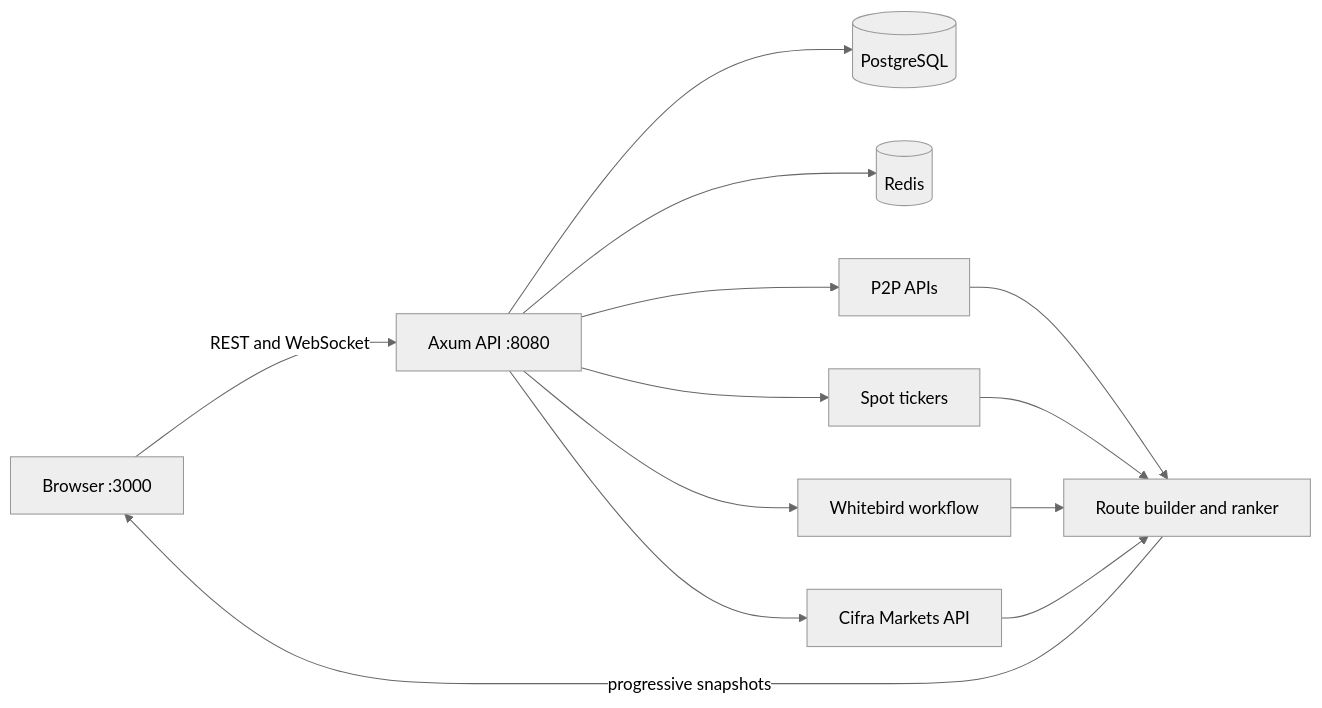
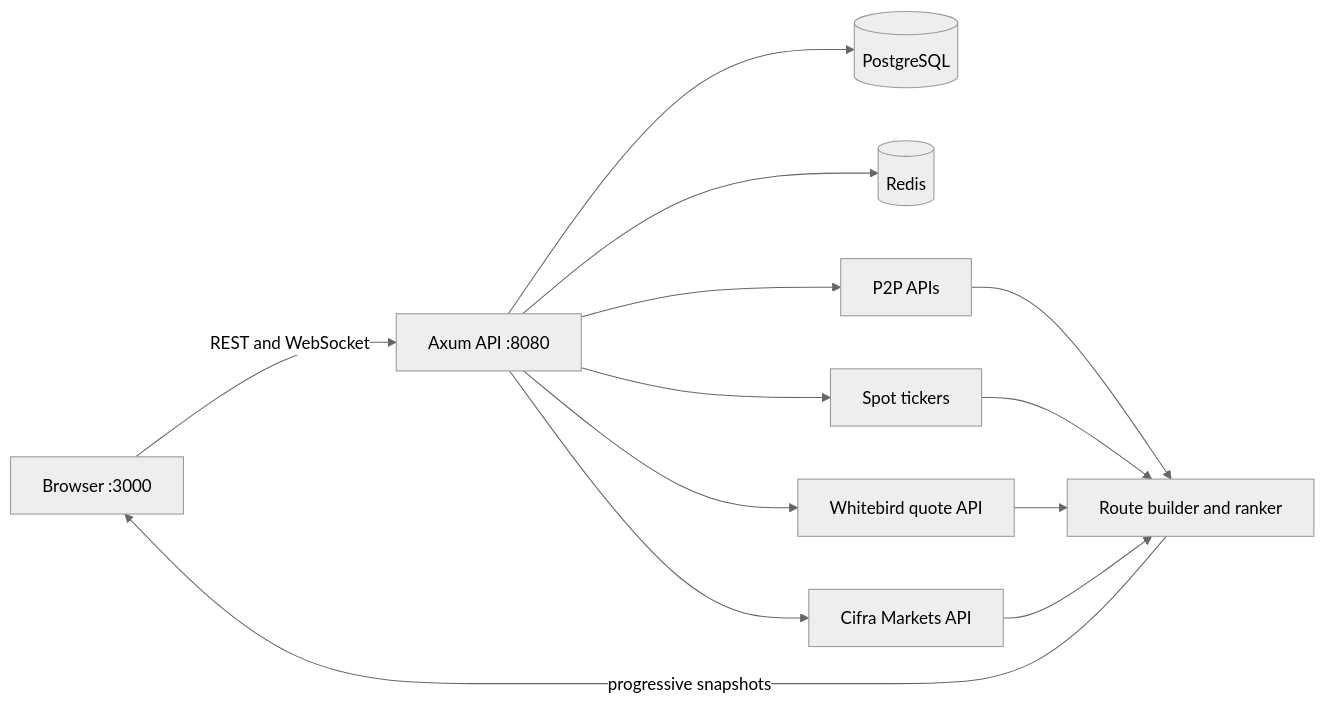
One commit to Flow3Pay/pay3flow changed the diagram in README.md. Above: the diagram before and after it, drawn with Mermaid (neutral theme). The commit also changed other lines of this file and 7 other files, not shown here.

Commit message:
Use Whitebird quote API

````diff
--- a/README.md
+++ b/README.md
@@ -56,15 +56,15 @@
 ```mermaid
 flowchart LR
     browser[Browser :3000] -->|REST and WebSocket| api[Axum API :8080]
     api --> postgres[(PostgreSQL)]
     api --> redis[(Redis)]
     api --> p2p[P2P APIs]
     api --> spot[Spot tickers]
-    api --> whitebird[Whitebird workflow]
+    api --> whitebird[Whitebird quote API]
     api --> cifra[Cifra Markets API]
     p2p --> ranker[Route builder and ranker]
     spot --> ranker
     whitebird --> ranker
     cifra --> ranker
     ranker -->|progressive snapshots| browser
 ```
````
